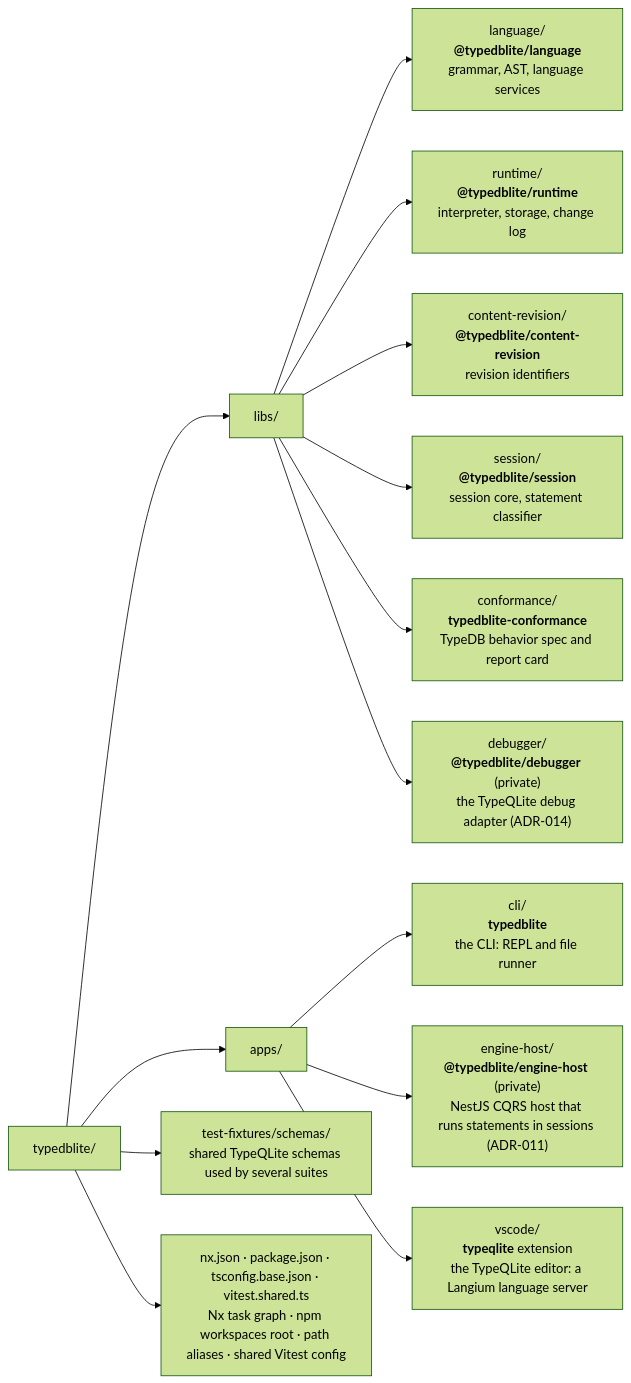
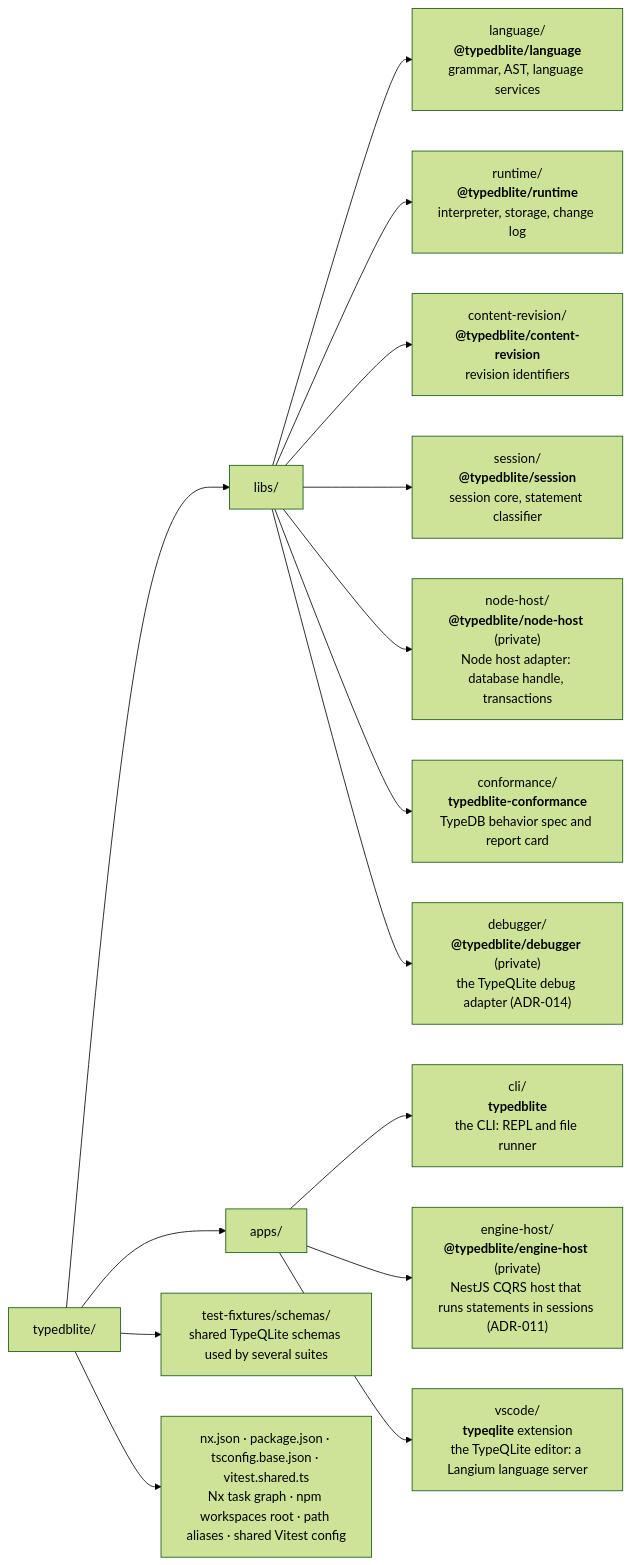
Before and after one commit to typedblite/typedblite: the first of 2 diagrams in AGENTS.md, drawn with Mermaid (forest theme). The commit also changed other lines of this file and 47 other files, not shown here.

First line of the commit message:
feat(node-host): add @typedblite/node-host, the Node embedding handle

````diff
--- a/AGENTS.md
+++ b/AGENTS.md
@@ -9,16 +9,17 @@
 ```mermaid
 flowchart LR
   root["typedblite/"] --> libs["libs/"]
   root --> apps["apps/"]
   root --> fixtures["test-fixtures/schemas/<br/>shared TypeQLite schemas used by several suites"]
   root --> config["nx.json · package.json · tsconfig.base.json · vitest.shared.ts<br/>Nx task graph · npm workspaces root · path aliases · shared Vitest config"]
   libs --> language["language/<br/><b>@typedblite/language</b><br/>grammar, AST, language services"]
   libs --> runtime["runtime/<br/><b>@typedblite/runtime</b><br/>interpreter, storage, change log"]
   libs --> revision["content-revision/<br/><b>@typedblite/content-revision</b><br/>revision identifiers"]
   libs --> session["session/<br/><b>@typedblite/session</b><br/>session core, statement classifier"]
+  libs --> nodehost["node-host/<br/><b>@typedblite/node-host</b> (private)<br/>Node host adapter: database handle, transactions"]
   libs --> conformance["conformance/<br/><b>typedblite-conformance</b><br/>TypeDB behavior spec and report card"]
   libs --> debugger["debugger/<br/><b>@typedblite/debugger</b> (private)<br/>the TypeQLite debug adapter (ADR-014)"]
   apps --> cli["cli/<br/><b>typedblite</b><br/>the CLI: REPL and file runner"]
   apps --> host["engine-host/<br/><b>@typedblite/engine-host</b> (private)<br/>NestJS CQRS host that runs statements in sessions (ADR-011)"]
   apps --> vscode["vscode/<br/><b>typeqlite</b> extension<br/>the TypeQLite editor: a Langium language server"]
 ```
````
